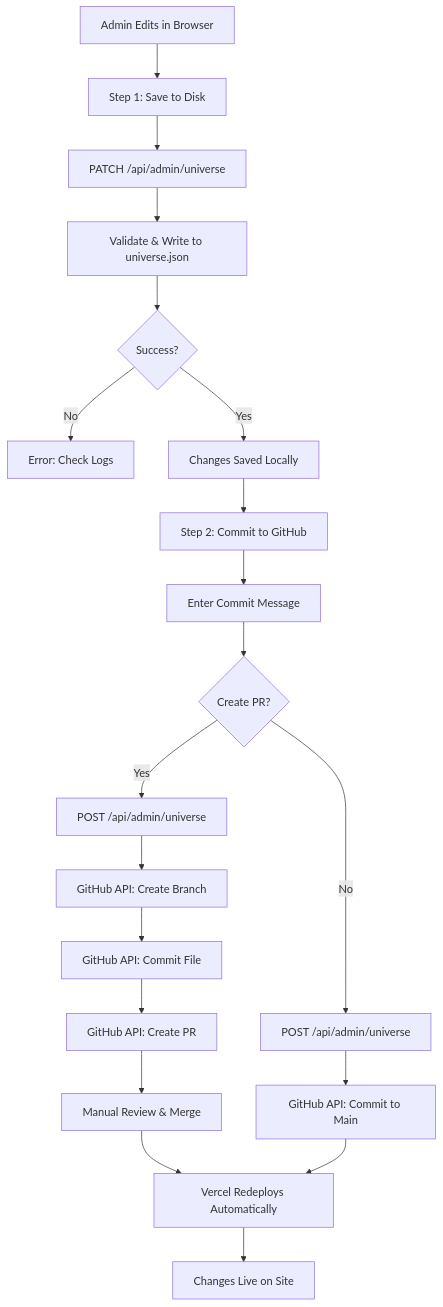
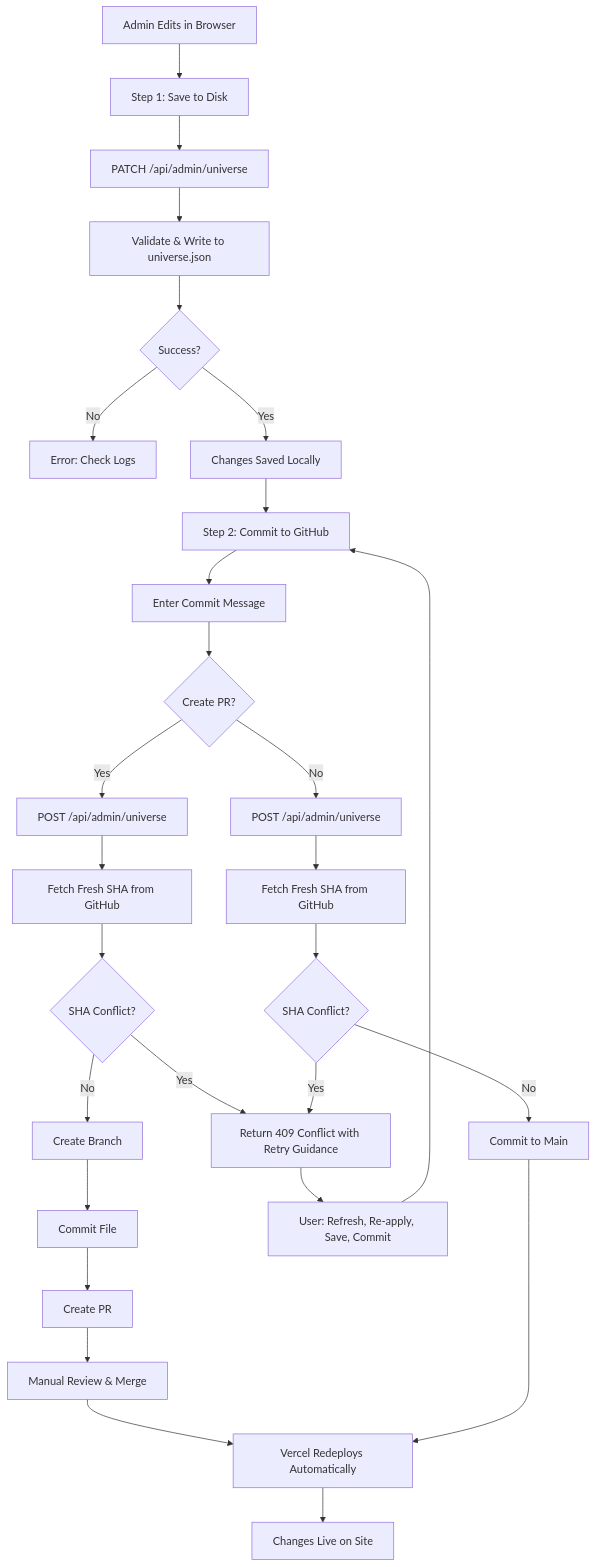
Before and after one commit to AgentFoundryExamples/the-horizon: the diagram in docs/deployment.md, drawn with Mermaid. The commit also changed other lines of this file and 5 other files, not shown here.

Commit message:
Stabilize GitHub commit workflow with fresh SHA fetching and conflict detection

````diff
--- a/docs/deployment.md
+++ b/docs/deployment.md
@@ -202,22 +202,30 @@
 ```mermaid
 graph TD
     A[Admin Edits in Browser] --> B[Step 1: Save to Disk]
     B --> C[PATCH /api/admin/universe]
     C --> D[Validate & Write to universe.json]
     D --> E{Success?}
     E -->|No| F[Error: Check Logs]
     E -->|Yes| G[Changes Saved Locally]
     G --> H[Step 2: Commit to GitHub]
     H --> I[Enter Commit Message]
     I --> J{Create PR?}
     J -->|Yes| K[POST /api/admin/universe]
-    K --> L[GitHub API: Create Branch]
-    L --> M[GitHub API: Commit File]
-    M --> N[GitHub API: Create PR]
-    N --> O[Manual Review & Merge]
-    O --> P[Vercel Redeploys Automatically]
-    J -->|No| Q[POST /api/admin/universe]
-    Q --> R[GitHub API: Commit to Main]
-    R --> P
-    P --> S[Changes Live on Site]
+    K --> L[Fetch Fresh SHA from GitHub]
+    L --> M{SHA Conflict?}
+    M -->|Yes| N[Return 409 Conflict with Retry Guidance]
+    M -->|No| O[Create Branch]
+    O --> P[Commit File]
+    P --> Q[Create PR]
+    Q --> R[Manual Review & Merge]
+    R --> S[Vercel Redeploys Automatically]
+    J -->|No| T[POST /api/admin/universe]
+    T --> U[Fetch Fresh SHA from GitHub]
+    U --> V{SHA Conflict?}
+    V -->|Yes| N
+    V -->|No| W[Commit to Main]
+    W --> S
+    S --> X[Changes Live on Site]
+    N --> Y[User: Refresh, Re-apply, Save, Commit]
+    Y --> H
 ```
````
